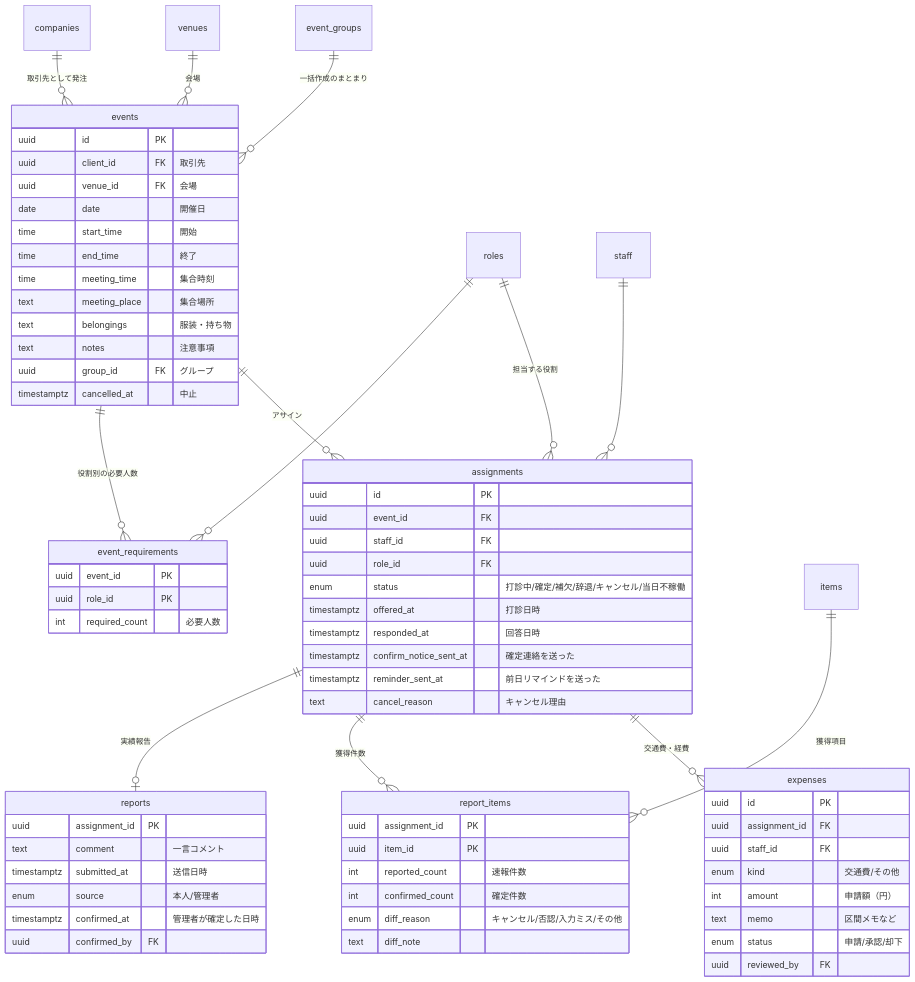
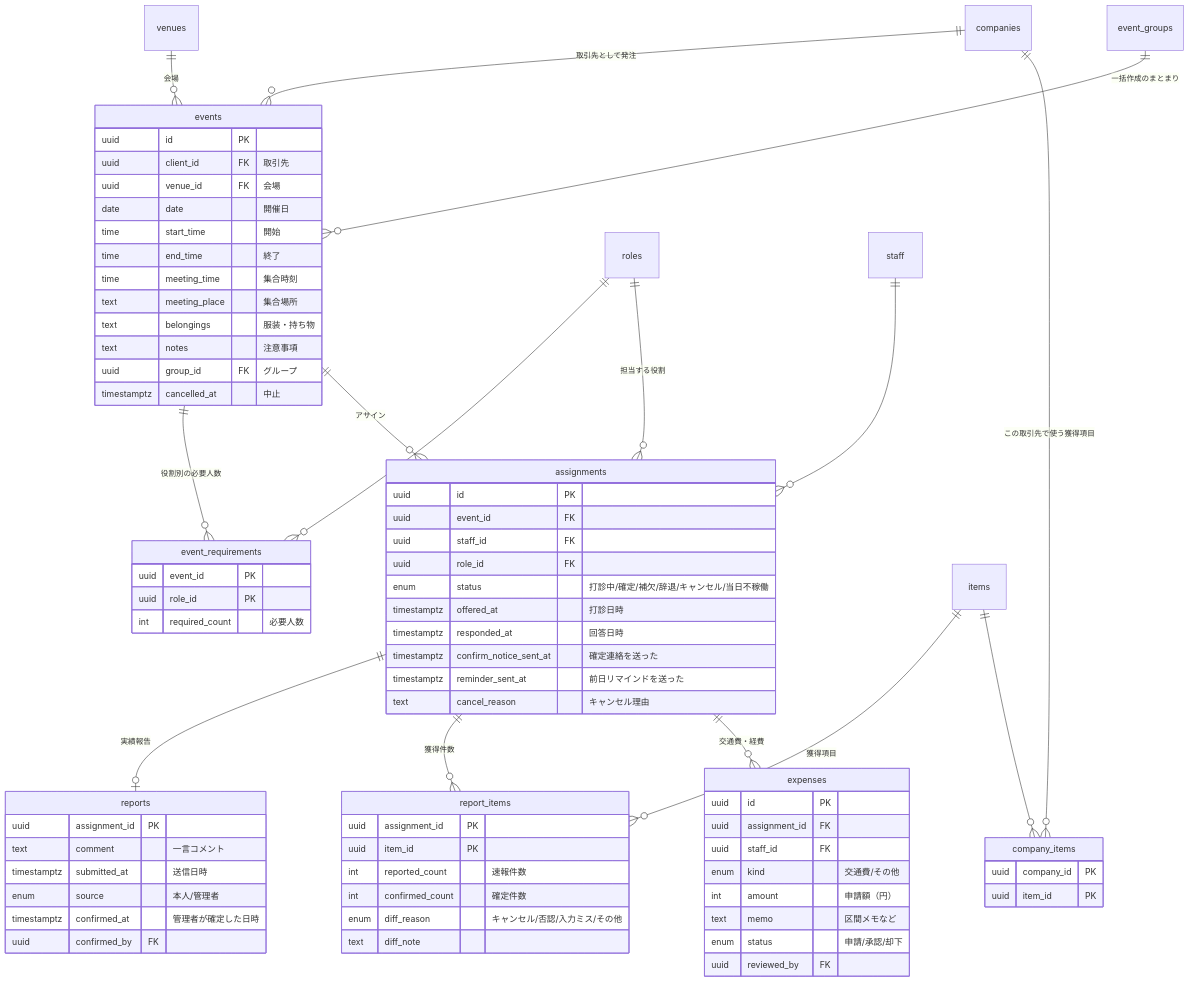
Before and after one commit to Beekon963/nicolyCRM: the first of 4 diagrams in docs/design/database.md, drawn with Mermaid. The commit also changed other lines of this file and 5 other files, not shown here.

````diff
--- a/docs/design/database.md
+++ b/docs/design/database.md
@@ -23,73 +23,79 @@
 ```mermaid
 erDiagram
   companies ||--o{ events : "取引先として発注"
   venues ||--o{ events : "会場"
   event_groups ||--o{ events : "一括作成のまとまり"
   events ||--o{ event_requirements : "役割別の必要人数"
   roles ||--o{ event_requirements : ""
   events ||--o{ assignments : "アサイン"
   staff ||--o{ assignments : ""
   roles ||--o{ assignments : "担当する役割"
   assignments ||--o| reports : "実績報告"
   assignments ||--o{ report_items : "獲得件数"
   items ||--o{ report_items : "獲得項目"
   assignments ||--o{ expenses : "交通費・経費"
+  companies ||--o{ company_items : "この取引先で使う獲得項目"
+  items ||--o{ company_items : ""
 
   events {
     uuid id PK
     uuid client_id FK "取引先"
     uuid venue_id FK "会場"
     date date "開催日"
     time start_time "開始"
     time end_time "終了"
     time meeting_time "集合時刻"
     text meeting_place "集合場所"
     text belongings "服装・持ち物"
     text notes "注意事項"
     uuid group_id FK "グループ"
     timestamptz cancelled_at "中止"
   }
   event_requirements {
     uuid event_id PK
     uuid role_id PK
     int required_count "必要人数"
   }
   assignments {
     uuid id PK
     uuid event_id FK
     uuid staff_id FK
     uuid role_id FK
     enum status "打診中/確定/補欠/辞退/キャンセル/当日不稼働"
     timestamptz offered_at "打診日時"
     timestamptz responded_at "回答日時"
     timestamptz confirm_notice_sent_at "確定連絡を送った"
     timestamptz reminder_sent_at "前日リマインドを送った"
     text cancel_reason "キャンセル理由"
   }
   reports {
     uuid assignment_id PK
     text comment "一言コメント"
     timestamptz submitted_at "送信日時"
     enum source "本人/管理者"
     timestamptz confirmed_at "管理者が確定した日時"
     uuid confirmed_by FK
   }
   report_items {
     uuid assignment_id PK
     uuid item_id PK
     int reported_count "速報件数"
     int confirmed_count "確定件数"
     enum diff_reason "キャンセル/否認/入力ミス/その他"
     text diff_note
   }
+  company_items {
+    uuid company_id PK
+    uuid item_id PK
+  }
   expenses {
     uuid id PK
     uuid assignment_id FK
     uuid staff_id FK
     enum kind "交通費/その他"
     int amount "申請額（円）"
     text memo "区間メモなど"
     enum status "申請/承認/却下"
     uuid reviewed_by FK
   }
 ```
````
